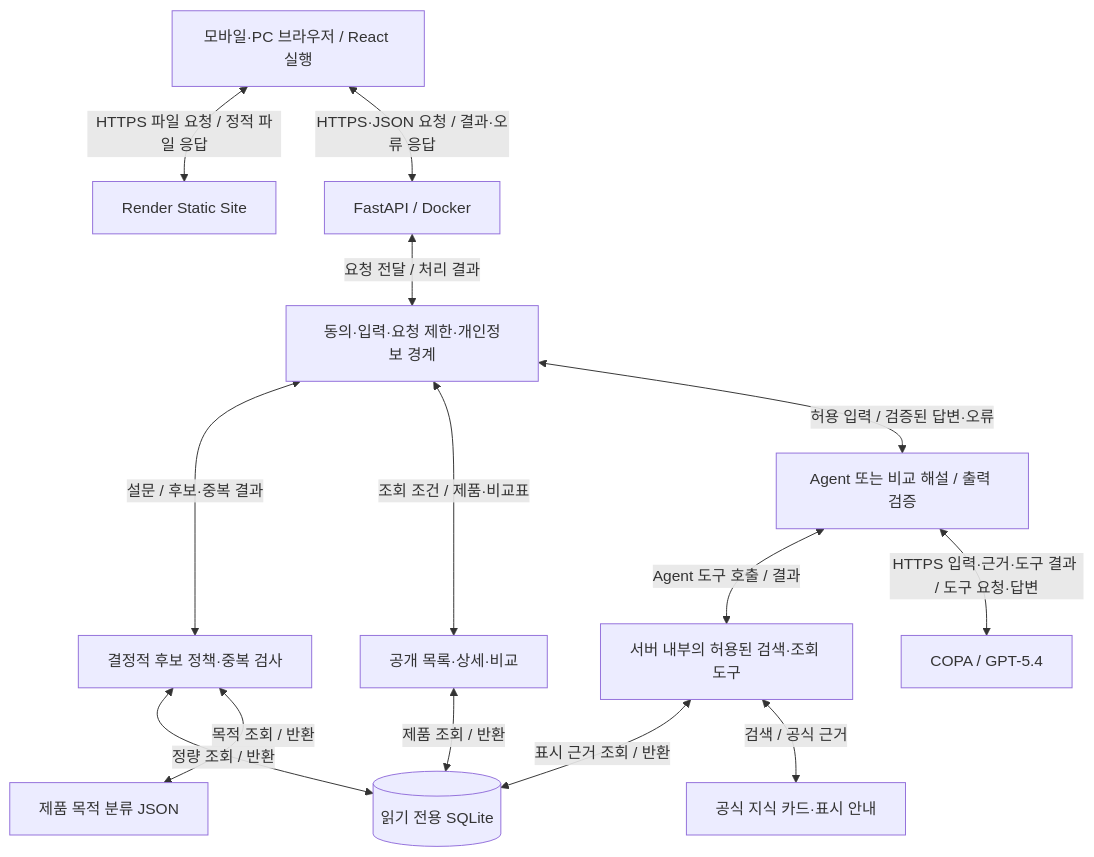
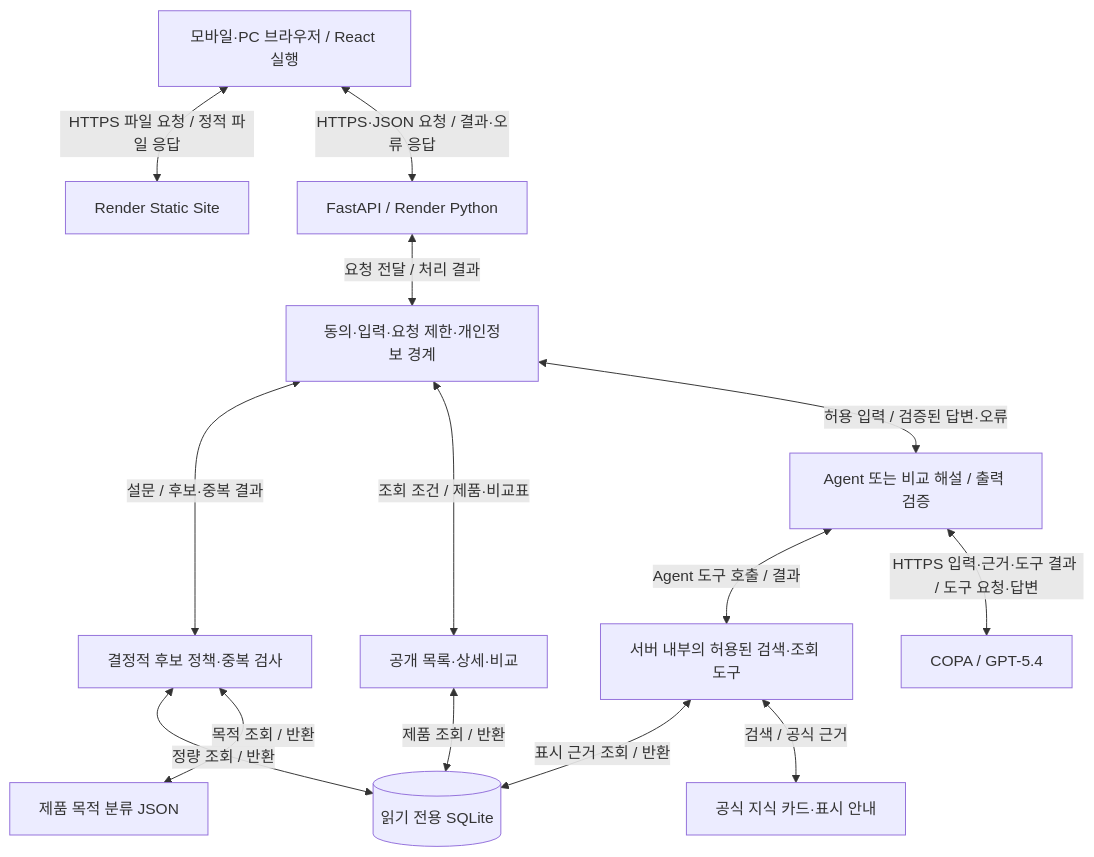
One commit to sayknow/M2-1 changed the diagram in docs/final/architecture.md. Above: the diagram before and after it, drawn with Mermaid. The commit also changed other lines of this file and 7 other files, not shown here.

````diff
--- a/docs/final/architecture.md
+++ b/docs/final/architecture.md
@@ -11,16 +13,16 @@
 ```mermaid
 flowchart TD
     U[모바일·PC 브라우저 / React 실행] <-->|HTTPS 파일 요청 / 정적 파일 응답| F[Render Static Site]
-    U <-->|HTTPS·JSON 요청 / 결과·오류 응답| A[FastAPI / Docker]
+    U <-->|HTTPS·JSON 요청 / 결과·오류 응답| A[FastAPI / Render Python]
     A <-->|요청 전달 / 처리 결과| G[동의·입력·요청 제한·개인정보 경계]
     G <-->|설문 / 후보·중복 결과| P[결정적 후보 정책·중복 검사]
     G <-->|조회 조건 / 제품·비교표| C[공개 목록·상세·비교]
     G <-->|허용 입력 / 검증된 답변·오류| X[Agent 또는 비교 해설 / 출력 검증]
     P <-->|정량 조회 / 반환| D[(읽기 전용 SQLite)]
     P <-->|목적 조회 / 반환| R[제품 목적 분류 JSON]
     C <-->|제품 조회 / 반환| D
     X <-->|Agent 도구 호출 / 결과| T[서버 내부의 허용된 검색·조회 도구]
     T <-->|표시 근거 조회 / 반환| D
     T <-->|검색 / 공식 근거| K[공식 지식 카드·표시 안내]
     X <-->|HTTPS 입력·근거·도구 결과 / 도구 요청·답변| L[COPA / GPT-5.4]
 ```
````
